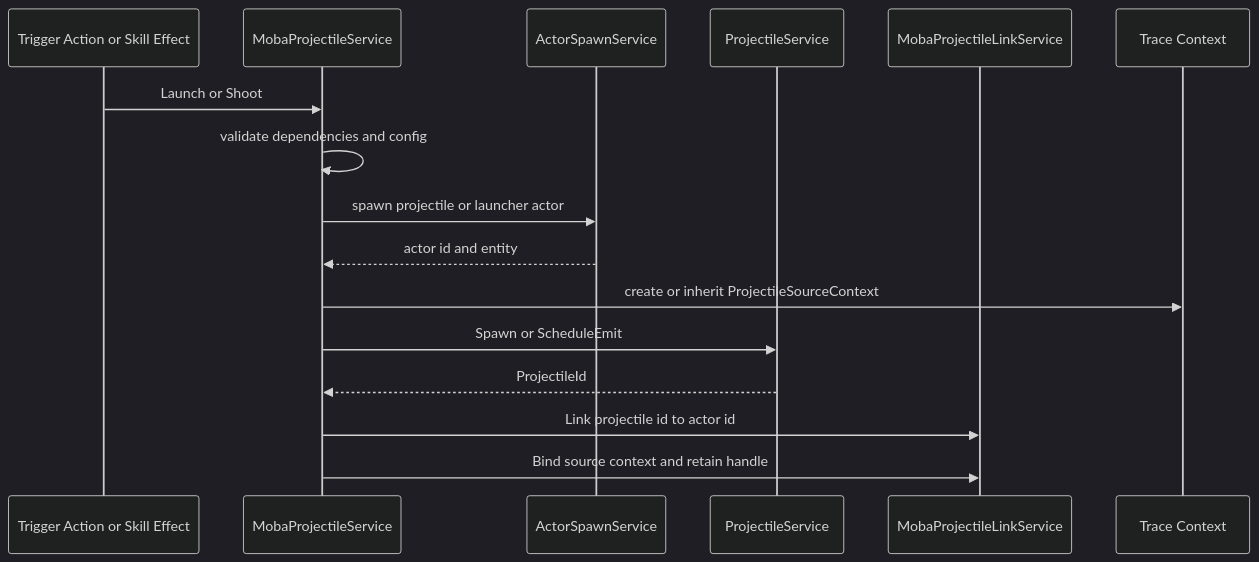
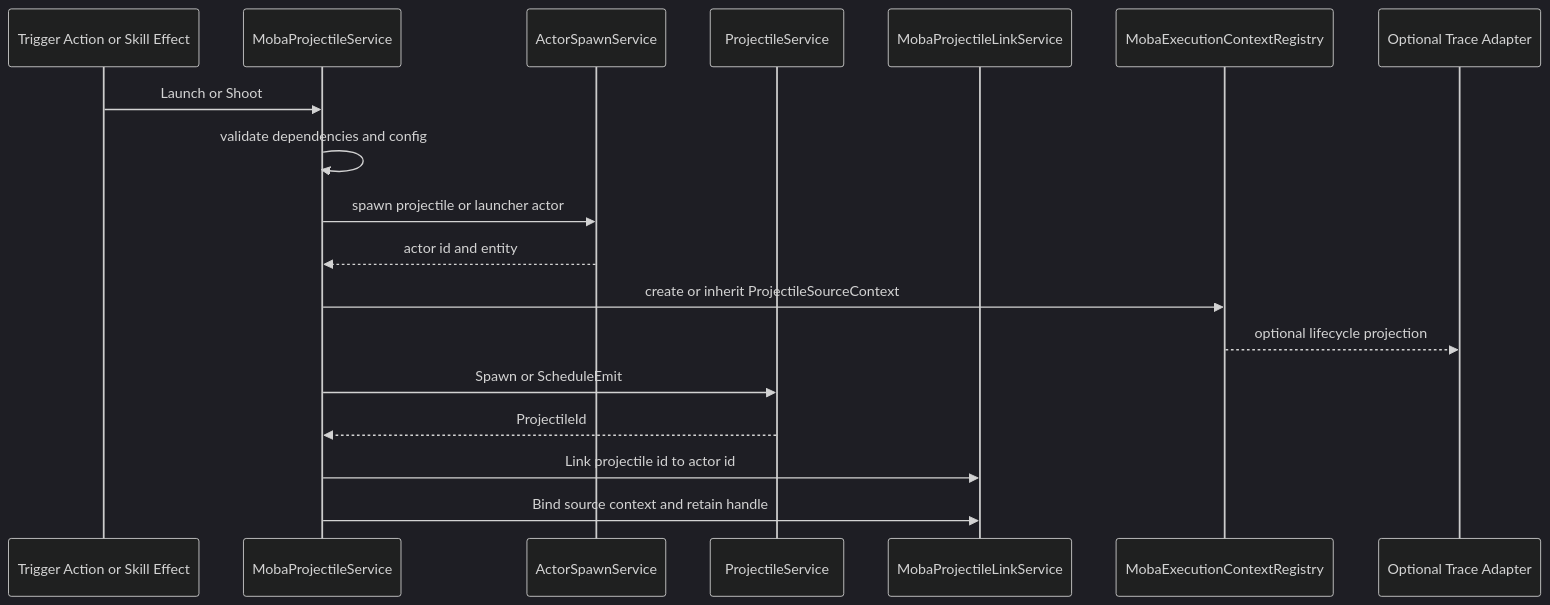
Before and after one commit to HOBOBO/AbilityKit: the seventh of 8 diagrams in Docs/design/08-GameplayModules/04-ProjectileSystem.md, drawn with Mermaid (dark theme). The commit also changed 1591 other files, not shown here.

````diff
--- a/Docs/design/08-GameplayModules/04-ProjectileSystem.md
+++ b/Docs/design/08-GameplayModules/04-ProjectileSystem.md
@@ -337,19 +337,21 @@
 ```mermaid
 sequenceDiagram
     participant Action as Trigger Action or Skill Effect
     participant Moba as MobaProjectileService
     participant ProjectileActor as ActorSpawnService
     participant Projectile as ProjectileService
     participant LinkSvc as MobaProjectileLinkService
-    participant Trace as Trace Context
+    participant Context as MobaExecutionContextRegistry
+    participant Trace as Optional Trace Adapter
 
     Action->>Moba: Launch or Shoot
     Moba->>Moba: validate dependencies and config
     Moba->>ProjectileActor: spawn projectile or launcher actor
     ProjectileActor-->>Moba: actor id and entity
-    Moba->>Trace: create or inherit ProjectileSourceContext
+    Moba->>Context: create or inherit ProjectileSourceContext
+    Context-->>Trace: optional lifecycle projection
     Moba->>Projectile: Spawn or ScheduleEmit
     Projectile-->>Moba: ProjectileId
     Moba->>LinkSvc: Link projectile id to actor id
     Moba->>LinkSvc: Bind source context and retain handle
 ```
````
